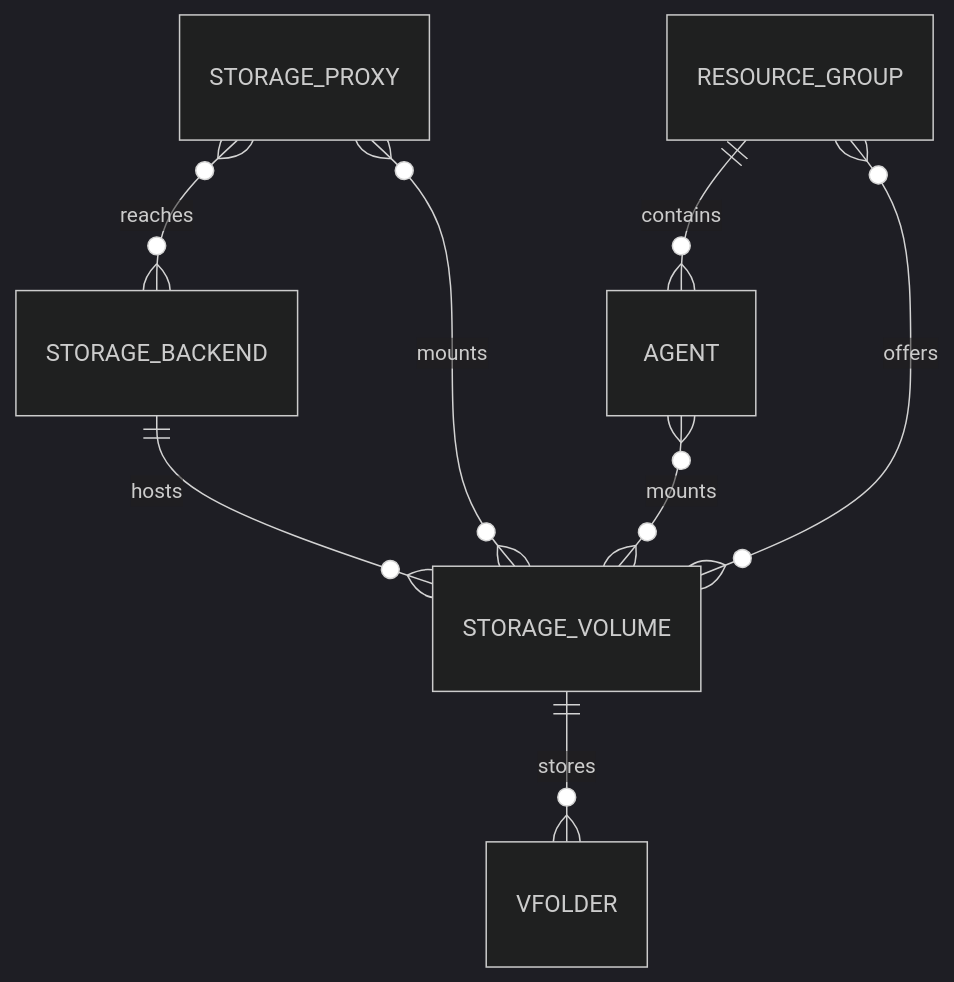
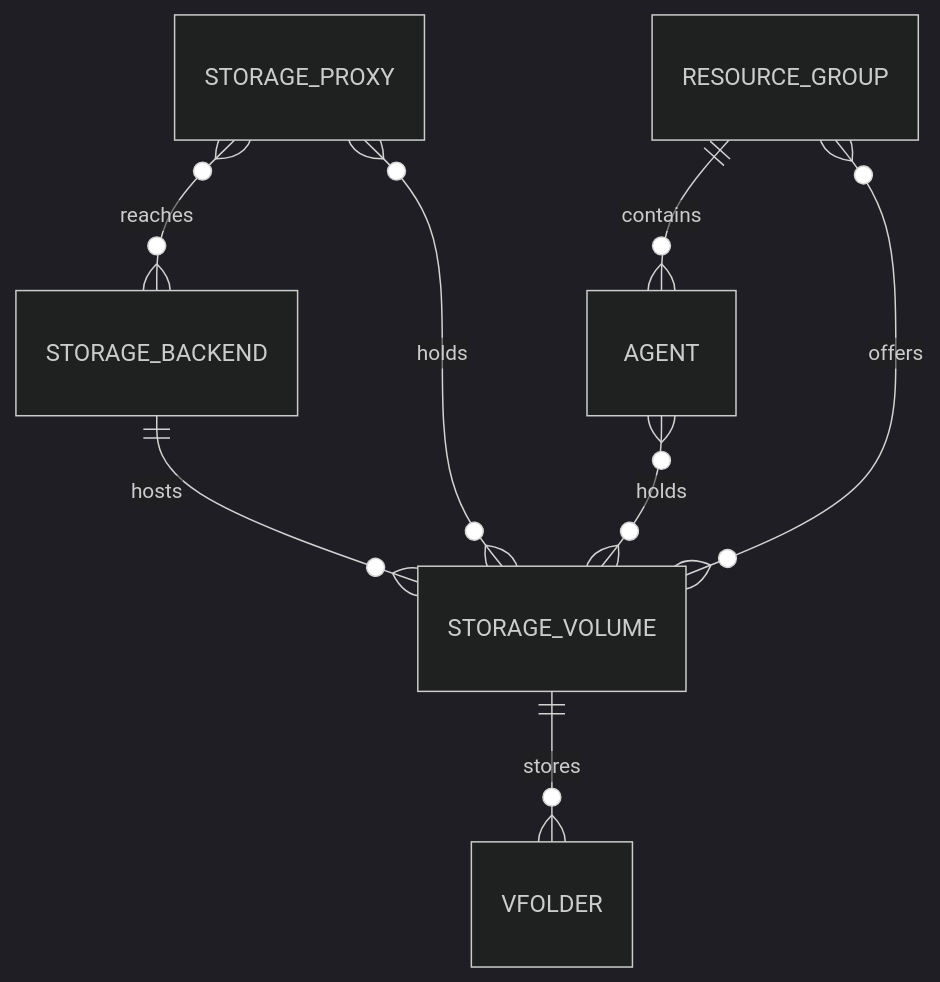
Before and after one commit to lablup/backend.ai: the diagram in proposals/BEP-1078-storage-proxy-enhancement.md, drawn with Mermaid (dark theme). The commit also changed other lines of this file, not shown here.

First line of the commit message:
doc(BA-7652): keep mounts out of the manager and let the volume implementation report state

````diff
--- a/proposals/BEP-1078-storage-proxy-enhancement.md
+++ b/proposals/BEP-1078-storage-proxy-enhancement.md
@@ -61,10 +63,10 @@
 ```mermaid
 erDiagram
     STORAGE_BACKEND ||--o{ STORAGE_VOLUME : hosts
     STORAGE_PROXY }o--o{ STORAGE_BACKEND : reaches
-    STORAGE_PROXY }o--o{ STORAGE_VOLUME : mounts
-    AGENT }o--o{ STORAGE_VOLUME : mounts
+    STORAGE_PROXY }o--o{ STORAGE_VOLUME : holds
+    AGENT }o--o{ STORAGE_VOLUME : holds
     RESOURCE_GROUP ||--o{ AGENT : contains
     RESOURCE_GROUP }o--o{ STORAGE_VOLUME : offers
     STORAGE_VOLUME ||--o{ VFOLDER : stores
 ```
````
